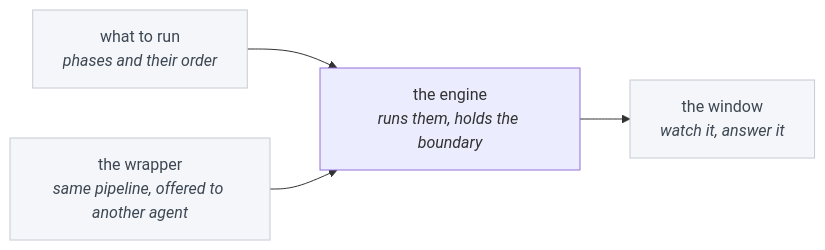
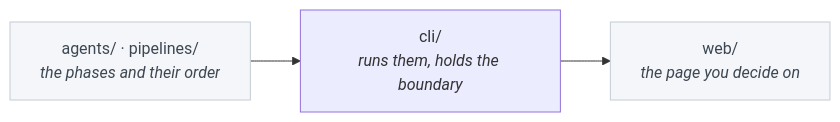
One commit to AleAlle62/task-flow-ai changed the fourth of 4 diagrams in README.md. Above: the diagram before and after it, drawn with Mermaid. The commit also changed other lines of this file and 1 other file, not shown here.

````diff
--- a/README.md
+++ b/README.md
@@ -233,9 +131,7 @@
 ```mermaid
 flowchart LR
-    Files["what to run<br/><i>phases and their order</i>"] --> Engine["the engine<br/><i>runs them, holds the boundary</i>"]
-    Engine --> Page["the window<br/><i>watch it, answer it</i>"]
-    Skill["the wrapper<br/><i>same pipeline, offered to another agent</i>"] --> Engine
+    Files["agents/ · pipelines/<br/><i>the phases and their order</i>"] --> Engine["cli/<br/><i>runs them, holds the boundary</i>"] --> Page["web/<br/><i>the page you decide on</i>"]
 
     classDef plain fill:#f4f6f9,stroke:#c3ccd6,color:#3c4753
-    class Files,Page,Skill plain
+    class Files,Page plain
 ```
````
